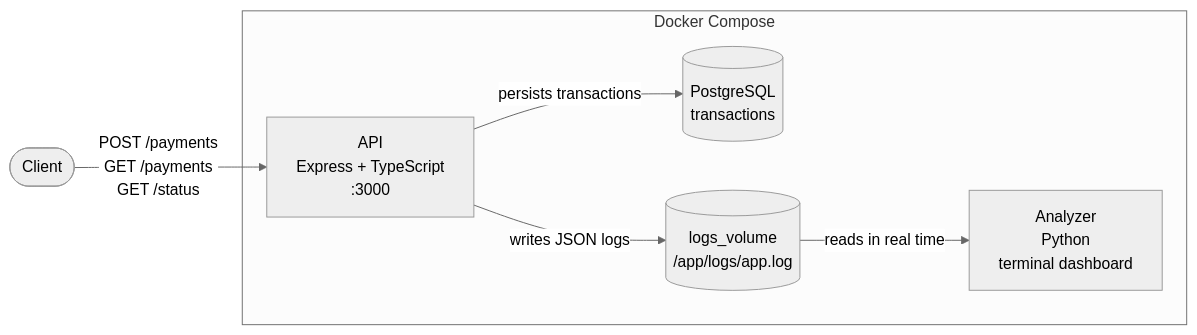
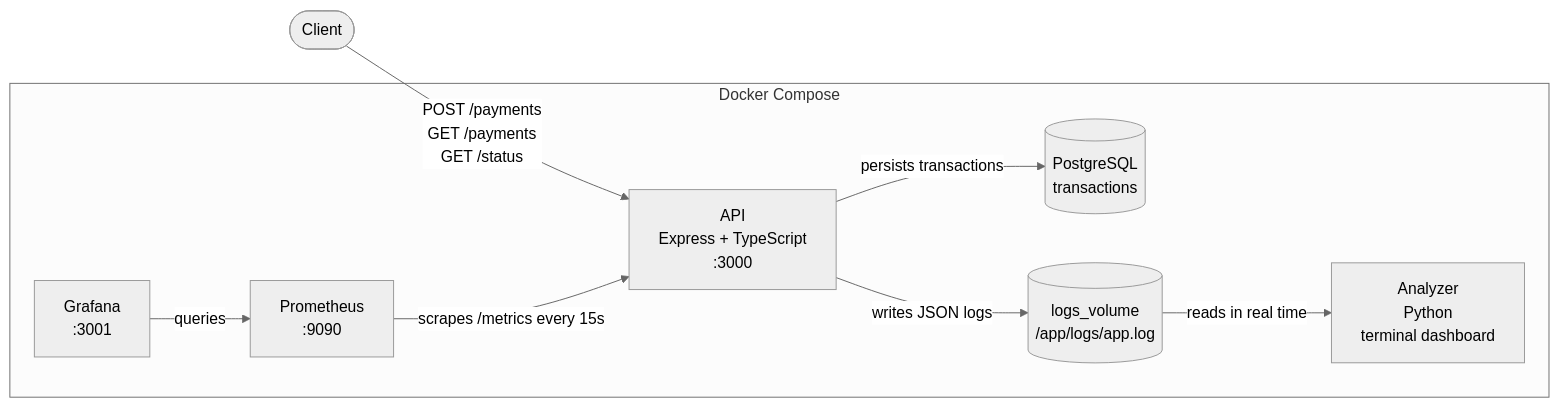
Before and after one commit to pedrolucasfonseca/NestPy-Observer: the diagram in README.md, drawn with Mermaid (neutral theme). The commit also changed other lines of this file, not shown here.

````diff
--- a/README.md
+++ b/README.md
@@ -7,16 +7,20 @@
 ```mermaid
 graph LR
     Client(["Client"])
 
     subgraph Docker Compose
         API["API\nExpress + TypeScript\n:3000"]
         DB[("PostgreSQL\ntransactions")]
         Volume[("logs_volume\n/app/logs/app.log")]
         Analyzer["Analyzer\nPython\nterminal dashboard"]
+        Prometheus["Prometheus\n:9090"]
+        Grafana["Grafana\n:3001"]
     end
 
     Client -->|"POST /payments\nGET /payments\nGET /status"| API
     API -->|"persists transactions"| DB
     API -->|"writes JSON logs"| Volume
     Volume -->|"reads in real time"| Analyzer
+    Prometheus -->|"scrapes /metrics every 15s"| API
+    Grafana -->|"queries"| Prometheus
 ```
````
